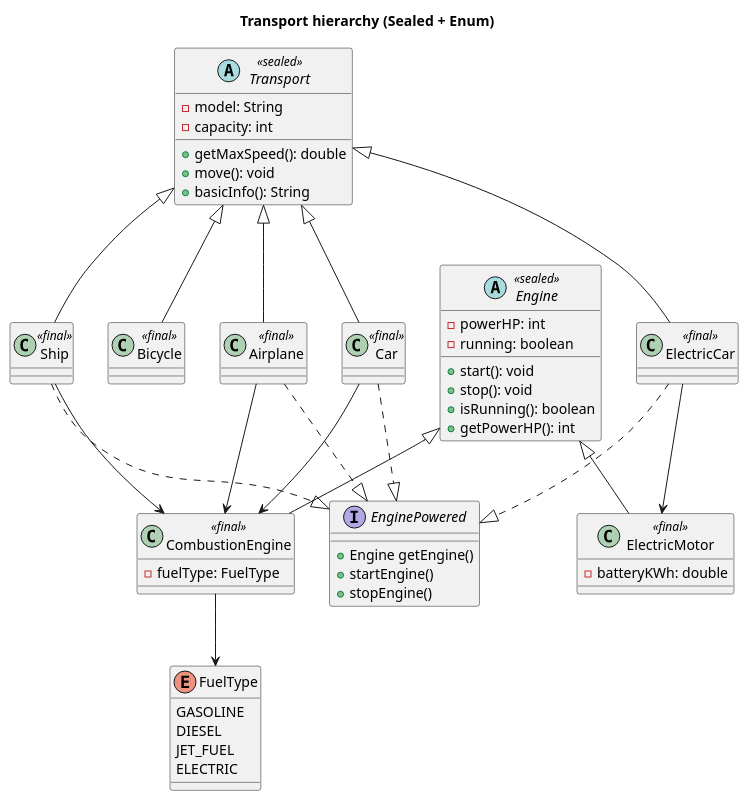
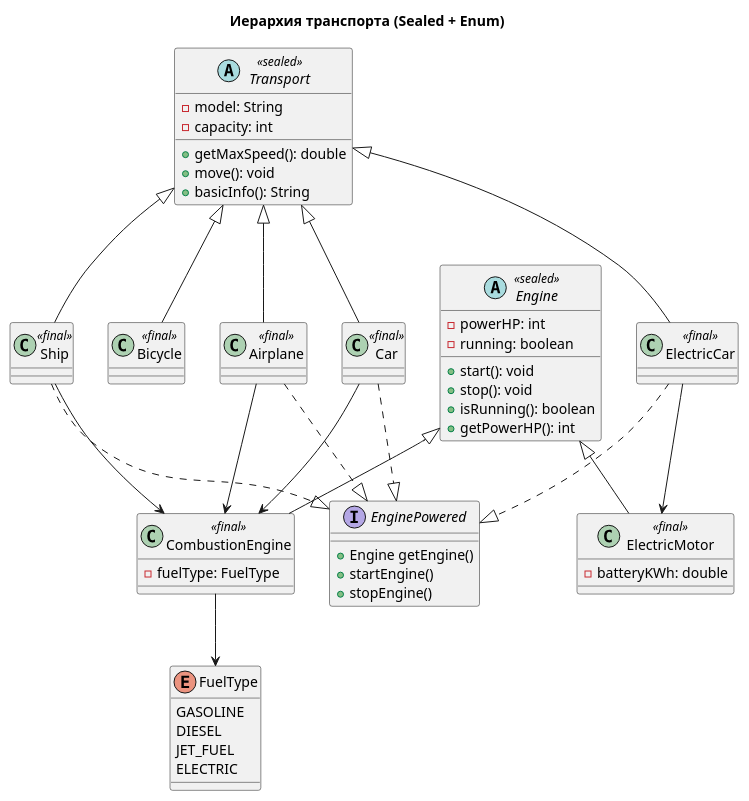
The diagram in 1.2 Системы контроля версий. Продвинутое ООП/transport_uml.puml (qvazae/Learn_JavaBackendDeveloper), drawn with PlantUML before and after one commit. The commit also changed other lines of this file and 1 other file, not shown here.

```diff
--- a/1.2 Системы контроля версий. Продвинутое ООП/transport_uml.puml
+++ b/1.2 Системы контроля версий. Продвинутое ООП/transport_uml.puml
@@ -1,68 +1,68 @@
 @startuml
-title Transport hierarchy (Sealed + Enum)
+title Иерархия транспорта (Sealed + Enum)
 
 interface EnginePowered {
   +Engine getEngine()
   +startEngine()
   +stopEngine()
 }
 
 enum FuelType {
   GASOLINE
   DIESEL
   JET_FUEL
   ELECTRIC
 }
 
 abstract class Transport <<sealed>> {
   - model: String
   - capacity: int
   + getMaxSpeed(): double
   + move(): void
   + basicInfo(): String
 }
 
 abstract class Engine <<sealed>> {
   - powerHP: int
   - running: boolean
   + start(): void
   + stop(): void
   + isRunning(): boolean
   + getPowerHP(): int
 }
 
 class CombustionEngine <<final>> {
   - fuelType: FuelType
 }
 
 class ElectricMotor <<final>> {
   - batteryKWh: double
 }
 
 class Car <<final>>
 class ElectricCar <<final>>
 class Airplane <<final>>
 class Ship <<final>>
 class Bicycle <<final>>
 
 Transport <|-- Car
 Transport <|-- ElectricCar
 Transport <|-- Airplane
 Transport <|-- Ship
 Transport <|-- Bicycle
 
 Engine <|-- CombustionEngine
 Engine <|-- ElectricMotor
 
 CombustionEngine --> FuelType
 Car ..|> EnginePowered
 ElectricCar ..|> EnginePowered
 Airplane ..|> EnginePowered
 Ship ..|> EnginePowered
 
 Car --> CombustionEngine
 ElectricCar --> ElectricMotor
 Airplane --> CombustionEngine
 Ship --> CombustionEngine
 
 @enduml
```
